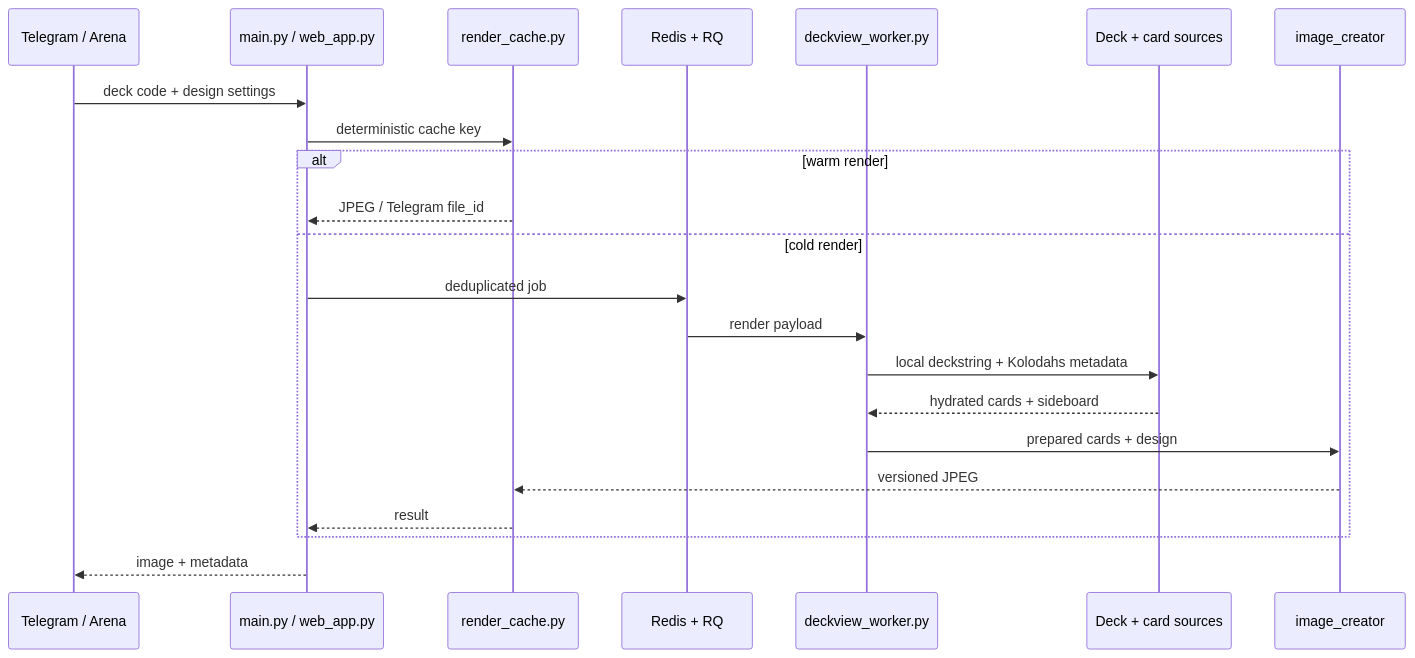
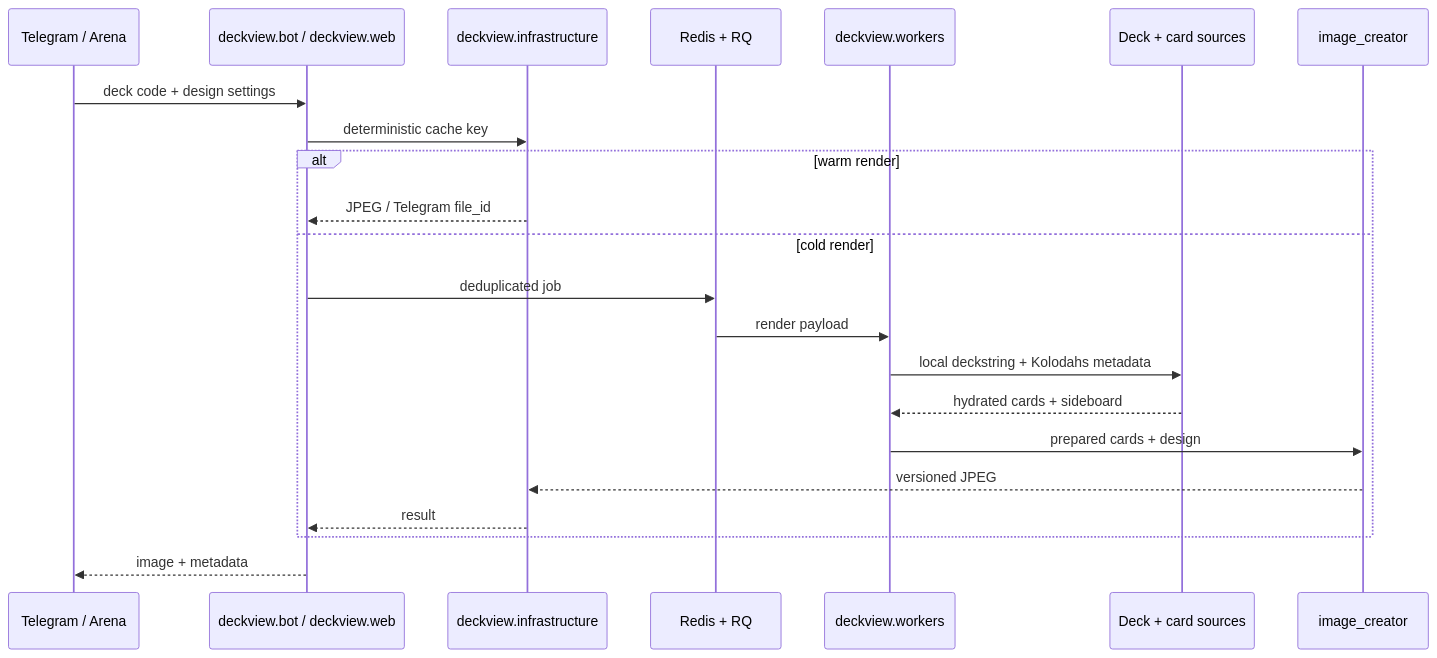
One commit to Zulut30/deckview-telegram-bot changed the diagram in docs/ARCHITECTURE.md. Above: the diagram before and after it, drawn with Mermaid. The commit also changed other lines of this file and 151 other files, not shown here.

````diff
--- a/docs/ARCHITECTURE.md
+++ b/docs/ARCHITECTURE.md
@@ -7,25 +7,25 @@
 ```mermaid
 sequenceDiagram
     participant Client as Telegram / Arena
-    participant Entry as main.py / web_app.py
-    participant Cache as render_cache.py
+    participant Entry as deckview.bot / deckview.web
+    participant Cache as deckview.infrastructure
     participant Queue as Redis + RQ
-    participant Worker as deckview_worker.py
+    participant Worker as deckview.workers
     participant Data as Deck + card sources
     participant Renderer as image_creator
 
     Client->>Entry: deck code + design settings
     Entry->>Cache: deterministic cache key
     alt warm render
         Cache-->>Entry: JPEG / Telegram file_id
     else cold render
         Entry->>Queue: deduplicated job
         Queue->>Worker: render payload
         Worker->>Data: local deckstring + Kolodahs metadata
         Data-->>Worker: hydrated cards + sideboard
         Worker->>Renderer: prepared cards + design
         Renderer-->>Cache: versioned JPEG
         Cache-->>Entry: result
     end
     Entry-->>Client: image + metadata
 ```
````
